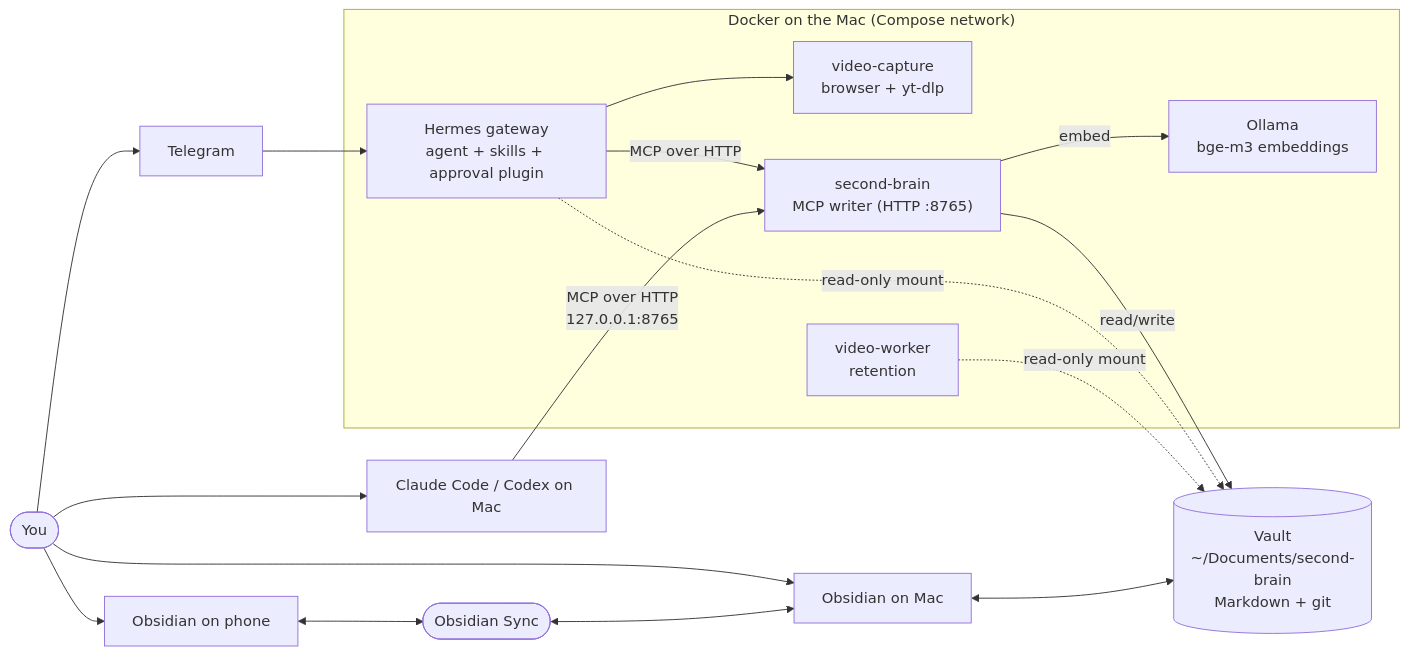
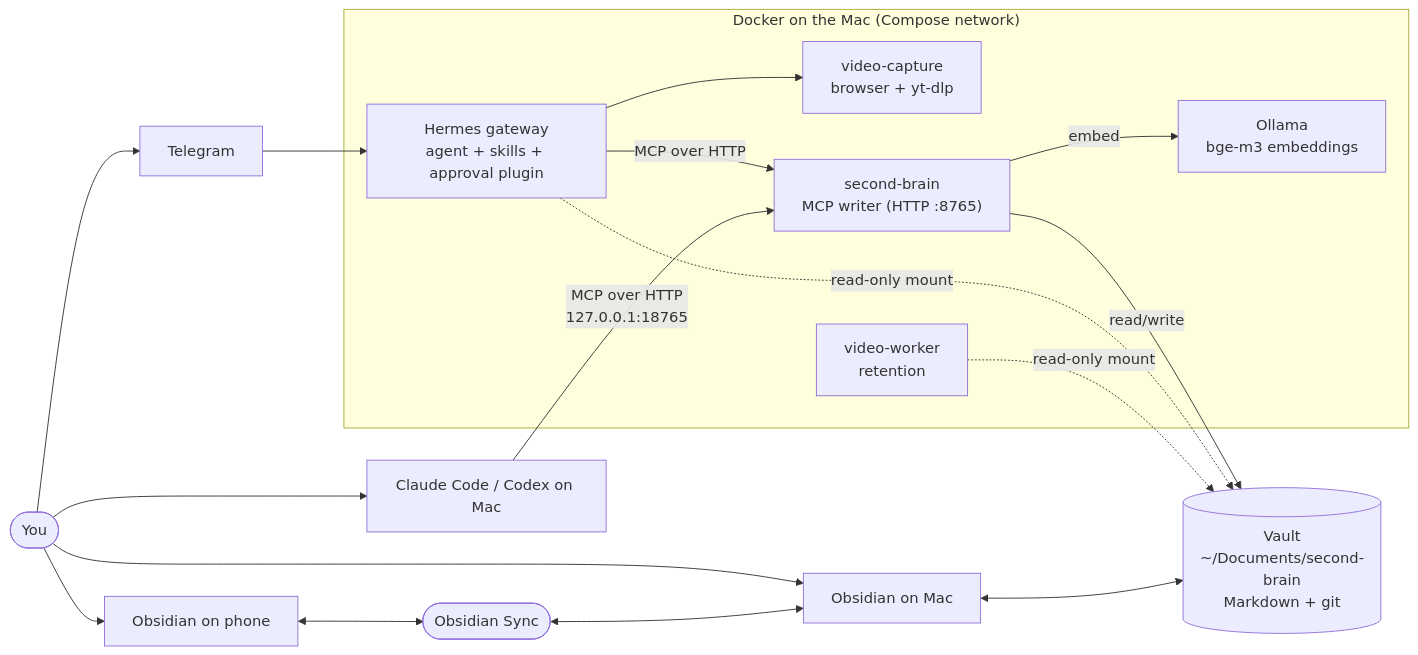
One commit to 0xSenzel/second-brain-runtime changed the first of 10 diagrams in docs/ARCHITECTURE.md. Above: the diagram before and after it, drawn with Mermaid. The commit also changed other lines of this file and 9 other files, not shown here.

````diff
--- a/docs/ARCHITECTURE.md
+++ b/docs/ARCHITECTURE.md
@@ -14,33 +14,33 @@
 ```mermaid
 flowchart LR
     you(["You"])
     tg["Telegram"]
     phone["Obsidian on phone"]
     mac["Obsidian on Mac"]
     cc["Claude Code / Codex on Mac"]
 
     subgraph docker["Docker on the Mac (Compose network)"]
         hermes["Hermes gateway<br/>agent + skills + approval plugin"]
         capture["video-capture<br/>browser + yt-dlp"]
         worker["video-worker<br/>retention"]
         brain["second-brain<br/>MCP writer (HTTP :8765)"]
         ollama["Ollama<br/>bge-m3 embeddings"]
     end
 
     vault[("Vault<br/>~/Documents/second-brain<br/>Markdown + git")]
     sync(["Obsidian Sync"])
 
     you --> tg --> hermes
     you --> phone
     you --> mac
     you --> cc
     hermes -- "MCP over HTTP" --> brain
     hermes --> capture
-    cc -- "MCP over HTTP<br/>127.0.0.1:8765" --> brain
+    cc -- "MCP over HTTP<br/>127.0.0.1:18765" --> brain
     brain -- "embed" --> ollama
     brain -- "read/write" --> vault
     hermes -. "read-only mount" .-> vault
     worker -. "read-only mount" .-> vault
     mac <--> vault
     phone <--> sync <--> mac
 ```
````
